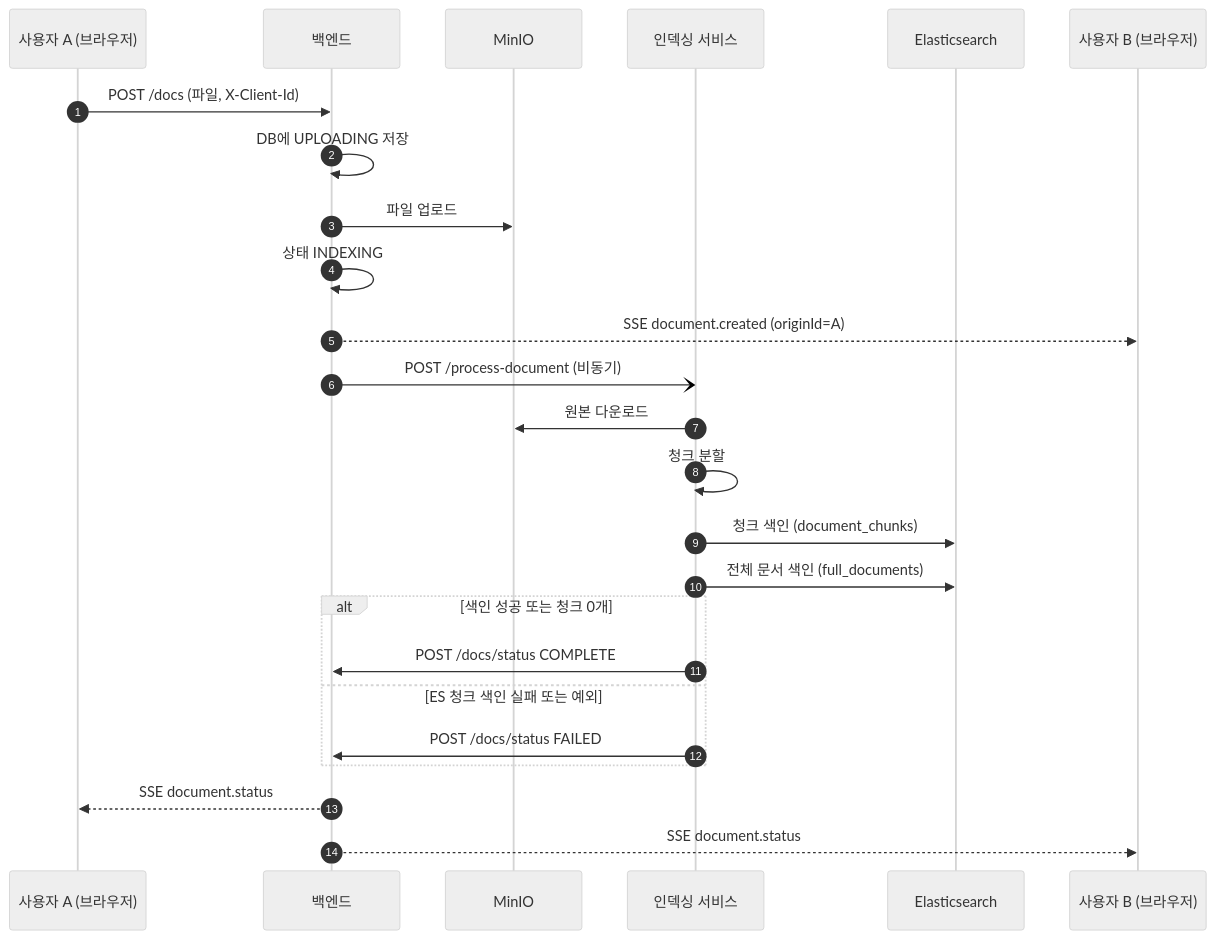
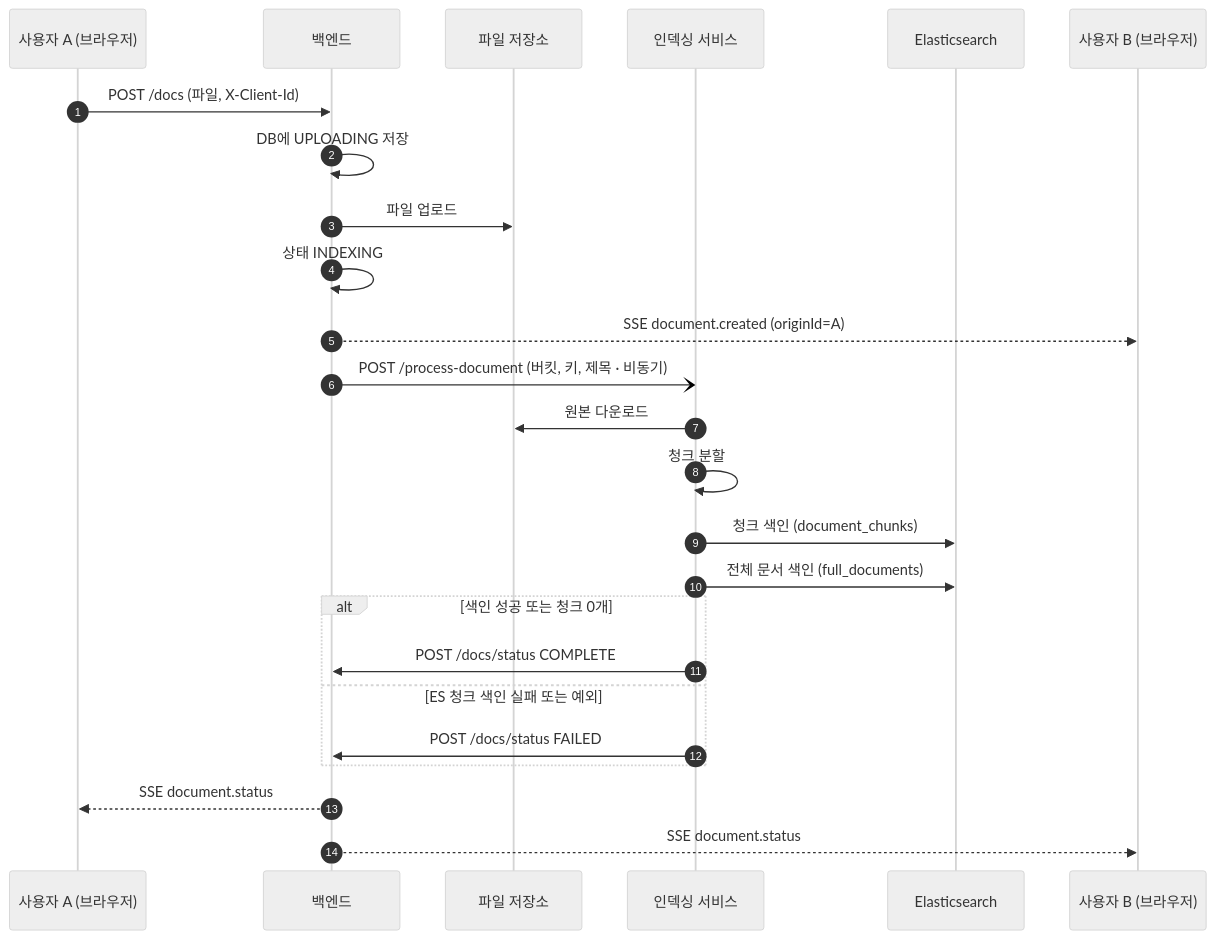
Before and after one commit to as950118/satc-docs-portal: the second of 8 diagrams in docs/architecture.md, drawn with Mermaid (neutral theme). The commit also changed other lines of this file and 5 other files, not shown here.

````diff
--- a/docs/architecture.md
+++ b/docs/architecture.md
@@ -54,28 +54,28 @@
 ```mermaid
 sequenceDiagram
   autonumber
   participant U as 사용자 A (브라우저)
   participant BE as 백엔드
-  participant M as MinIO
+  participant M as 파일 저장소
   participant I as 인덱싱 서비스
   participant ES as Elasticsearch
   participant B as 사용자 B (브라우저)
 
   U->>BE: POST /docs (파일, X-Client-Id)
   BE->>BE: DB에 UPLOADING 저장
   BE->>M: 파일 업로드
   BE->>BE: 상태 INDEXING
   BE-->>B: SSE document.created (originId=A)
-  BE-)I: POST /process-document (비동기)
+  BE-)I: POST /process-document (버킷, 키, 제목 · 비동기)
   I->>M: 원본 다운로드
   I->>I: 청크 분할
   I->>ES: 청크 색인 (document_chunks)
   I->>ES: 전체 문서 색인 (full_documents)
   alt 색인 성공 또는 청크 0개
     I->>BE: POST /docs/status COMPLETE
   else ES 청크 색인 실패 또는 예외
     I->>BE: POST /docs/status FAILED
   end
   BE-->>U: SSE document.status
   BE-->>B: SSE document.status
 ```
````
